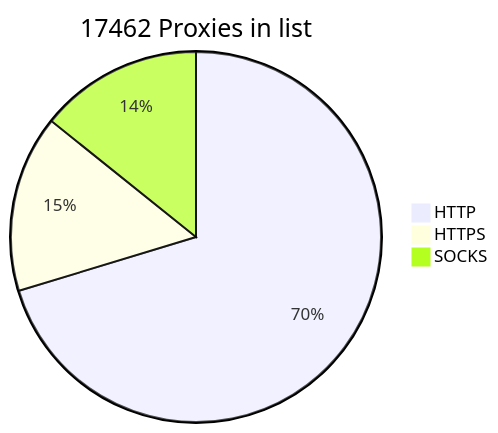
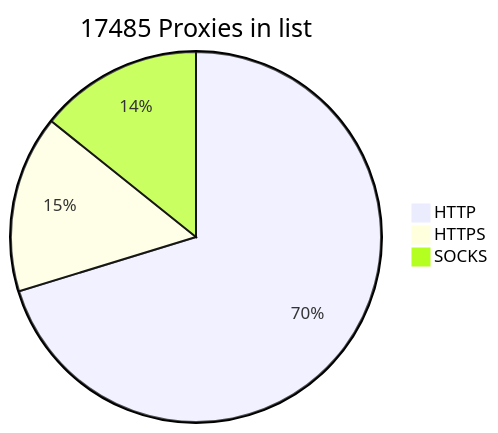
The diagram in README.md (BlackSnowDot/proxylist-update-every-minute), drawn with Mermaid before and after one commit.

````diff
--- a/README.md
+++ b/README.md
@@ -2,6 +2,6 @@
 ```mermaid
-pie title 17462 Proxies in list
-    "HTTP" : 13204
-    "HTTPS": 2903
-    "SOCKS" : 2674
+pie title 17485 Proxies in list
+    "HTTP" : 13213
+    "HTTPS": 2912
+    "SOCKS" : 2680
 ```
````
